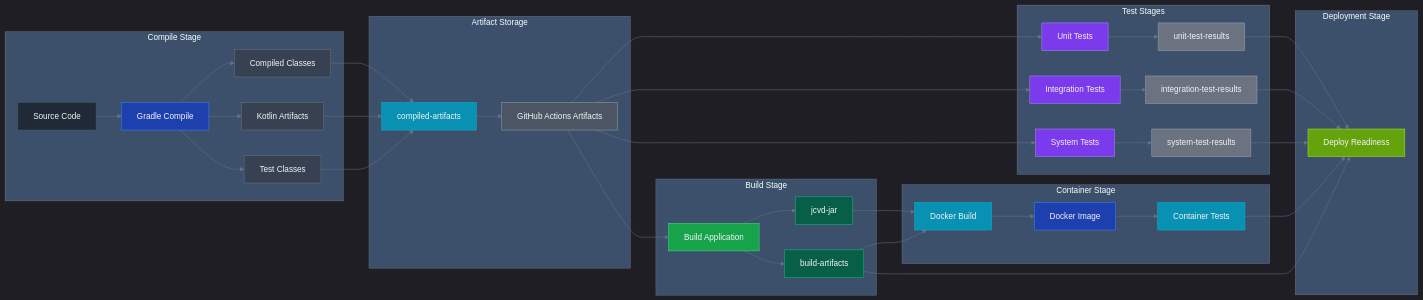
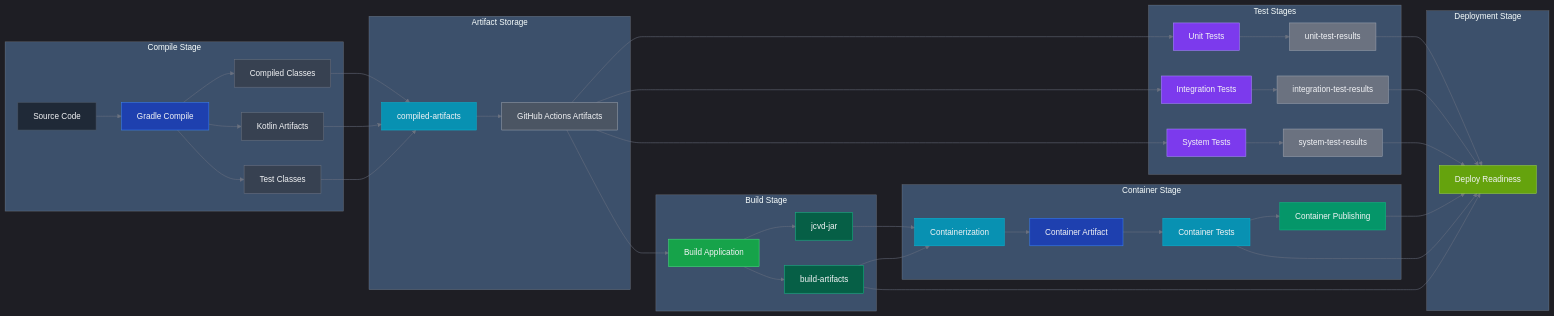
One commit to spiralhouse/cycletime changed the second of 3 diagrams in docs/CI_ARCHITECTURE.md. Above: the diagram before and after it, drawn with Mermaid. The commit also changed other lines of this file and 1 other file, not shown here.

First line of the commit message:
ci: add dry-run jobs for deployment and container publishing

````diff
--- a/docs/CI_ARCHITECTURE.md
+++ b/docs/CI_ARCHITECTURE.md
@@ -69,68 +72,71 @@
 ```mermaid
 %%{init: {'theme':'dark', 'themeVariables': { 'primaryColor':'#1f2937', 'primaryTextColor':'#f3f4f6', 'primaryBorderColor':'#4b5563', 'lineColor':'#6b7280', 'secondaryColor':'#374151', 'tertiaryColor':'#1f2937', 'background':'#111827', 'mainBkg':'#1f2937', 'secondBkg':'#374151', 'tertiaryBkg':'#4b5563', 'textColor':'#f3f4f6', 'labelTextColor':'#f3f4f6', 'nodeTextColor':'#f3f4f6', 'edgeLabelBackground':'#1f2937'}}}%%
 graph LR
     subgraph "Compile Stage"
         A[Source Code] --> B[Gradle Compile]
         B --> C[Compiled Classes]
         B --> D[Kotlin Artifacts]
         B --> E[Test Classes]
     end
     
     subgraph "Artifact Storage"
         C --> F[compiled-artifacts]
         D --> F
         E --> F
         F --> G[GitHub Actions Artifacts]
     end
     
     subgraph "Test Stages"
         G --> H[Unit Tests]
         G --> I[Integration Tests]
         G --> J[System Tests]
         H --> K[unit-test-results]
         I --> L[integration-test-results]
         J --> M[system-test-results]
     end
     
     subgraph "Build Stage"
         G --> N[Build Application]
         N --> O[jcvd-jar]
         N --> P[build-artifacts]
     end
     
     subgraph "Container Stage"
-        O --> Q[Docker Build]
+        O --> Q[Containerization]
         P --> Q
-        Q --> R[Docker Image]
+        Q --> R[Container Artifact]
         R --> S[Container Tests]
+        S --> U[Container Publishing]
     end
     
     subgraph "Deployment Stage"
         P --> T[Deploy Readiness]
         K --> T
         L --> T
         M --> T
         S --> T
+        U --> T
     end
     
     style A fill:#1f2937,stroke:#4b5563,color:#f3f4f6
     style B fill:#1e40af,stroke:#3b82f6,color:#f3f4f6
     style C fill:#374151,stroke:#6b7280,color:#f3f4f6
     style D fill:#374151,stroke:#6b7280,color:#f3f4f6
     style E fill:#374151,stroke:#6b7280,color:#f3f4f6
     style F fill:#0891b2,stroke:#06b6d4,color:#f3f4f6
     style G fill:#4b5563,stroke:#9ca3af,color:#f3f4f6
     style H fill:#7c3aed,stroke:#a78bfa,color:#f3f4f6
     style I fill:#7c3aed,stroke:#a78bfa,color:#f3f4f6
     style J fill:#7c3aed,stroke:#a78bfa,color:#f3f4f6
     style K fill:#6b7280,stroke:#9ca3af,color:#f3f4f6
     style L fill:#6b7280,stroke:#9ca3af,color:#f3f4f6
     style M fill:#6b7280,stroke:#9ca3af,color:#f3f4f6
     style N fill:#16a34a,stroke:#4ade80,color:#f3f4f6
     style O fill:#065f46,stroke:#10b981,color:#f3f4f6
     style P fill:#065f46,stroke:#10b981,color:#f3f4f6
     style Q fill:#0891b2,stroke:#06b6d4,color:#f3f4f6
     style R fill:#1e40af,stroke:#3b82f6,color:#f3f4f6
     style S fill:#0891b2,stroke:#06b6d4,color:#f3f4f6
     style T fill:#65a30d,stroke:#a3e635,color:#f3f4f6
+    style U fill:#059669,stroke:#10b981,color:#f3f4f6
 ```
````
